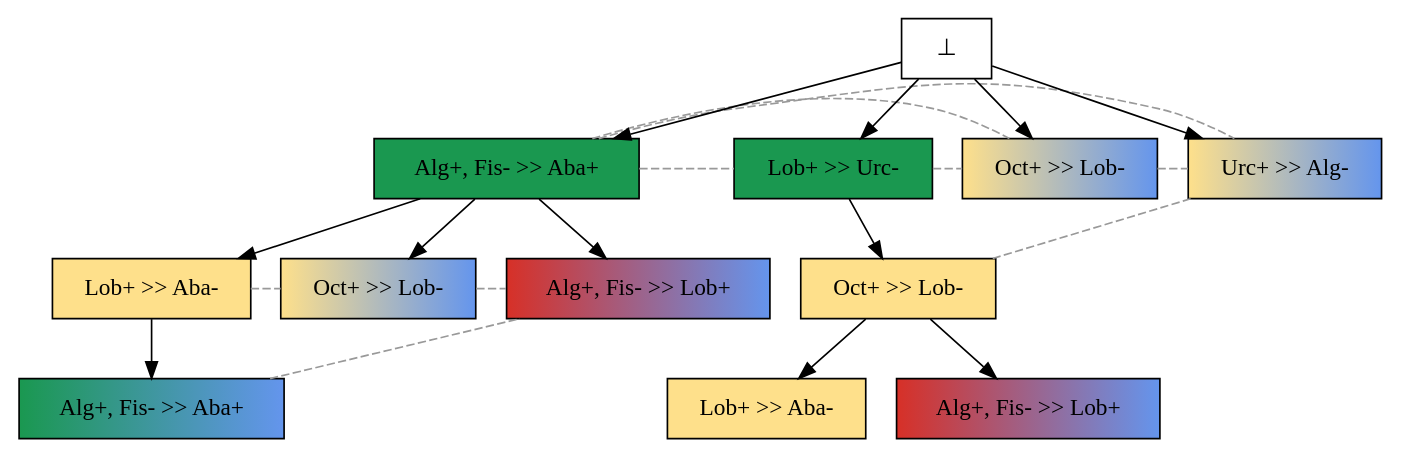
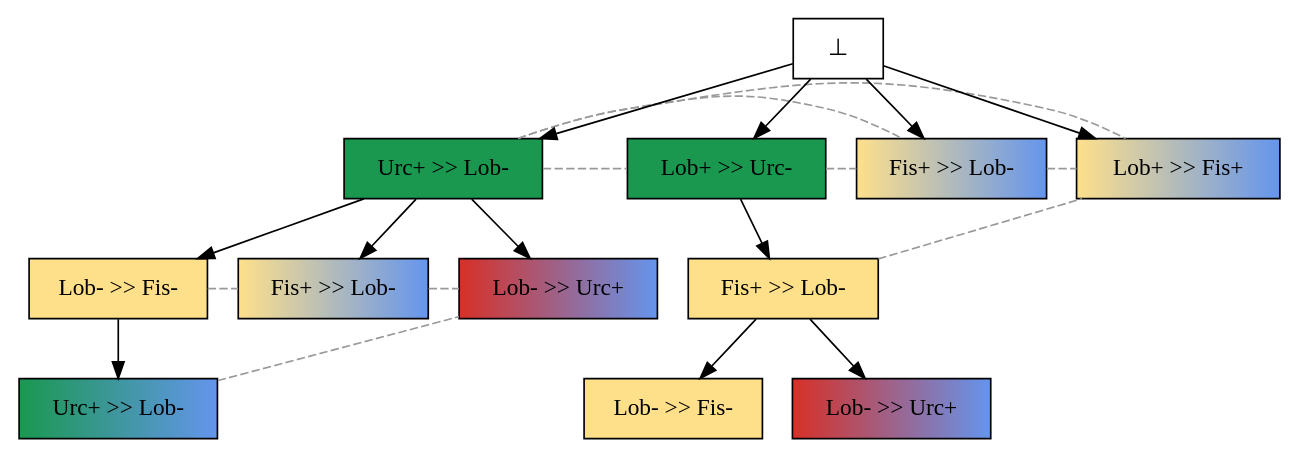
The diagram in examples/tasmanian_toymodel_paper/tasmanian_toymodel_paper_pr_unf_ptstr_labels.dot (giannkas/ecofolder), drawn with Graphviz before and after one commit. The commit also changed 7 other files, not shown here.

```diff
--- a/examples/tasmanian_toymodel_paper/tasmanian_toymodel_paper_pr_unf_ptstr_labels.dot
+++ b/examples/tasmanian_toymodel_paper/tasmanian_toymodel_paper_pr_unf_ptstr_labels.dot
@@ -1,37 +1,37 @@
 digraph test {
 
 //conflicts
 e1 -> e2 [arrowhead=none color=gray60 style=dashed constraint=false];
 e1 -> e10 [arrowhead=none color=gray60 style=dashed constraint=false];
 e1 -> e11 [arrowhead=none color=gray60 style=dashed constraint=false];
 e2 -> e10 [arrowhead=none color=gray60 style=dashed constraint=false];
 e3 -> e8 [arrowhead=none color=gray60 style=dashed constraint=false];
 e4 -> e11 [arrowhead=none color=gray60 style=dashed constraint=false];
 e6 -> e9 [arrowhead=none color=gray60 style=dashed constraint=false];
 e8 -> e9 [arrowhead=none color=gray60 style=dashed constraint=false];
 e10 -> e11 [arrowhead=none color=gray60 style=dashed constraint=false];
 
 e4 -> e5 [minlen=1];
 e2 -> e4 [minlen=1];
 e3 -> e6 [minlen=1];
 e1 -> e3 [minlen=1];
 e4 -> e7 [minlen=1];
 e1 -> e8 [minlen=1];
 e1 -> e9 [minlen=1];
 e0 -> e1 [minlen=1];
 e0 -> e2 [minlen=1];
 e0 -> e10 [minlen=1];
 e0 -> e11 [minlen=1];
-e1 [color="black" fillcolor="#1a9850:#1a9850" label="Alg+, Fis- >> Aba+" shape=box style=filled];
+e1 [color="black" fillcolor="#1a9850:#1a9850" label="Urc+ >> Lob-" shape=box style=filled];
 e2 [color="black" fillcolor="#1a9850:#1a9850" label="Lob+ >> Urc-" shape=box style=filled];
-e3 [color="black" fillcolor="#fee08b:#fee08b" label="Lob+ >> Aba-" shape=box style=filled];
-e4 [color="black" fillcolor="#fee08b:#fee08b" label="Oct+ >> Lob-" shape=box style=filled];
-e5 [color="black" fillcolor="#fee08b:#fee08b" label="Lob+ >> Aba-" shape=box style=filled];
-e6 [color="black" fillcolor="#1a9850:cornflowerblue" label="Alg+, Fis- >> Aba+" shape=box style=filled];
-e7 [color="black" fillcolor="#d73027:cornflowerblue" label="Alg+, Fis- >> Lob+" shape=box style=filled];
-e8 [color="black" fillcolor="#fee08b:cornflowerblue" label="Oct+ >> Lob-" shape=box style=filled];
-e9 [color="black" fillcolor="#d73027:cornflowerblue" label="Alg+, Fis- >> Lob+" shape=box style=filled];
-e10 [color="black" fillcolor="#fee08b:cornflowerblue" label="Oct+ >> Lob-" shape=box style=filled];
-e11 [color="black" fillcolor="#fee08b:cornflowerblue" label="Urc+ >> Alg-" shape=box style=filled];
+e3 [color="black" fillcolor="#fee08b:#fee08b" label="Lob- >> Fis-" shape=box style=filled];
+e4 [color="black" fillcolor="#fee08b:#fee08b" label="Fis+ >> Lob-" shape=box style=filled];
+e5 [color="black" fillcolor="#fee08b:#fee08b" label="Lob- >> Fis-" shape=box style=filled];
+e6 [color="black" fillcolor="#1a9850:cornflowerblue" label="Urc+ >> Lob-" shape=box style=filled];
+e7 [color="black" fillcolor="#d73027:cornflowerblue" label="Lob- >> Urc+" shape=box style=filled];
+e8 [color="black" fillcolor="#fee08b:cornflowerblue" label="Fis+ >> Lob-" shape=box style=filled];
+e9 [color="black" fillcolor="#d73027:cornflowerblue" label="Lob- >> Urc+" shape=box style=filled];
+e10 [color="black" fillcolor="#fee08b:cornflowerblue" label="Fis+ >> Lob-" shape=box style=filled];
+e11 [color="black" fillcolor="#fee08b:cornflowerblue" label="Lob+ >> Fis+" shape=box style=filled];
 e0 [fillcolor="white" label="⊥" shape=box style=filled];
 }
```
